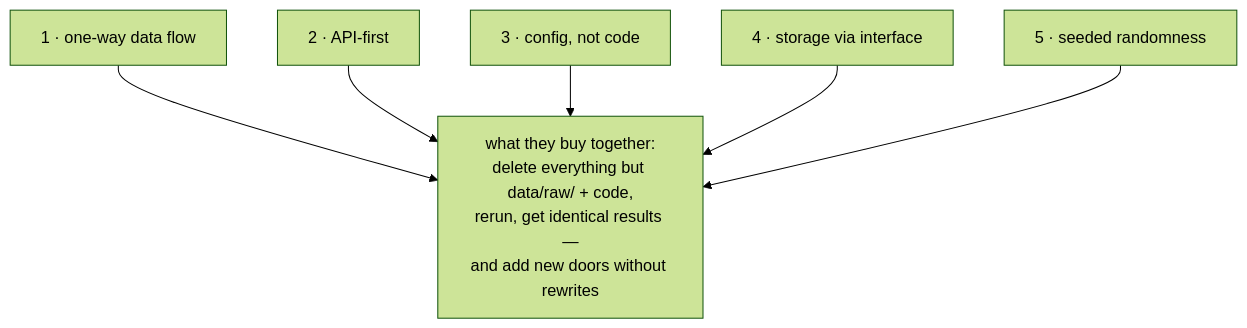
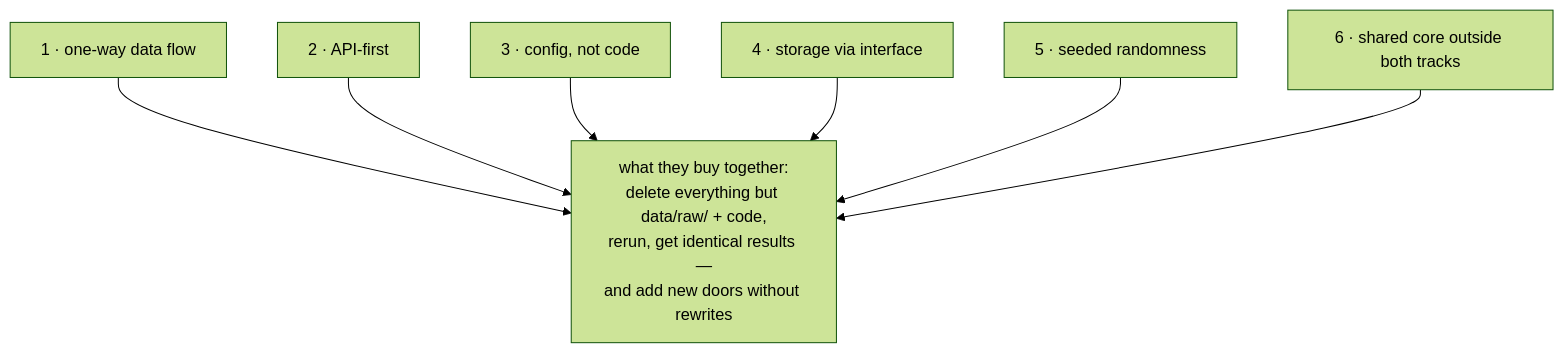
Before and after one commit to akannan2987/segaudit: the third of 3 diagrams in docs/02-architecture.md, drawn with Mermaid (forest theme). The commit also changed other lines of this file and 17 other files, not shown here.

Commit message:
phase 0P: two-track foundation - documentation, glossary-15, roadmaps, tutorial; v0.2.0-alpha.1

````diff
--- a/docs/02-architecture.md
+++ b/docs/02-architecture.md
@@ -121,8 +176,9 @@
 ```mermaid
 flowchart TD
     R1["1 · one-way data flow"] --> BUY["what they buy together:<br/>delete everything but data/raw/ + code,<br/>rerun, get identical results —<br/>and add new doors without rewrites"]
     R2["2 · API-first"] --> BUY
     R3["3 · config, not code"] --> BUY
     R4["4 · storage via interface"] --> BUY
     R5["5 · seeded randomness"] --> BUY
+    R6["6 · shared core outside both tracks"] --> BUY
 ```
````
